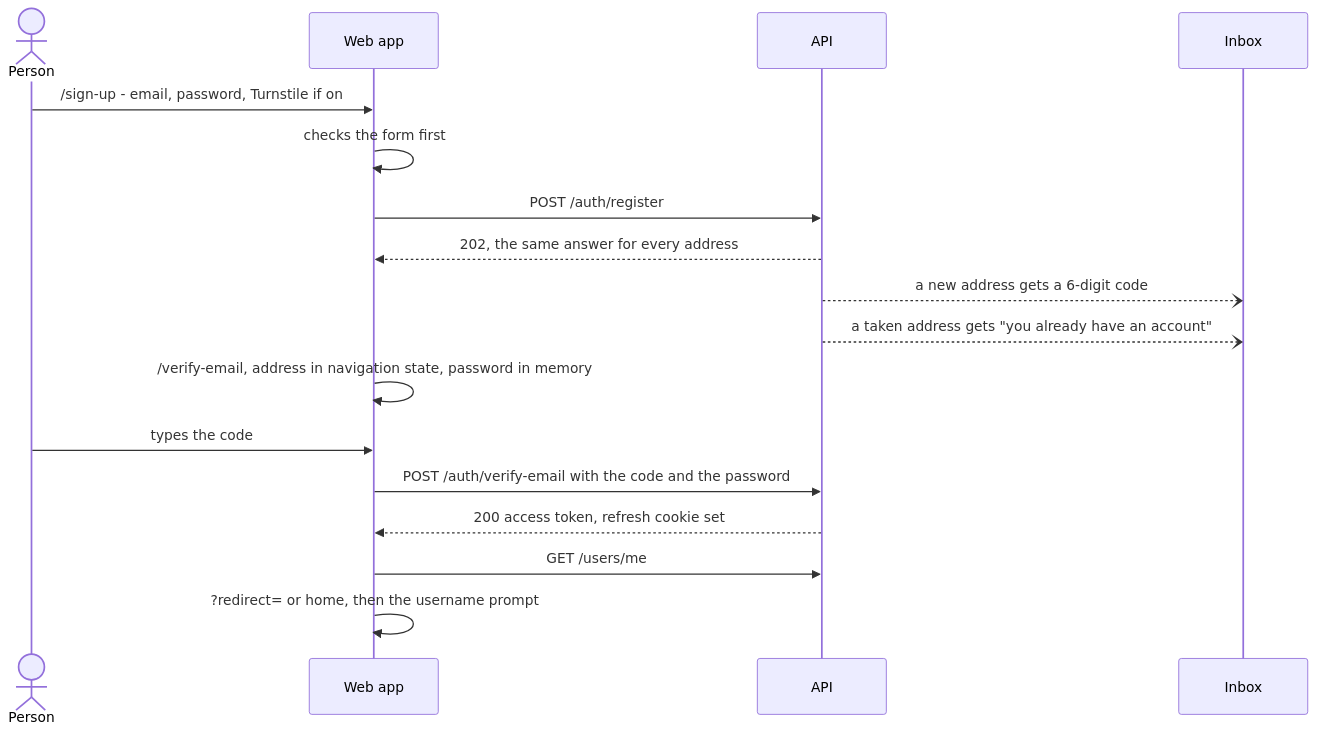
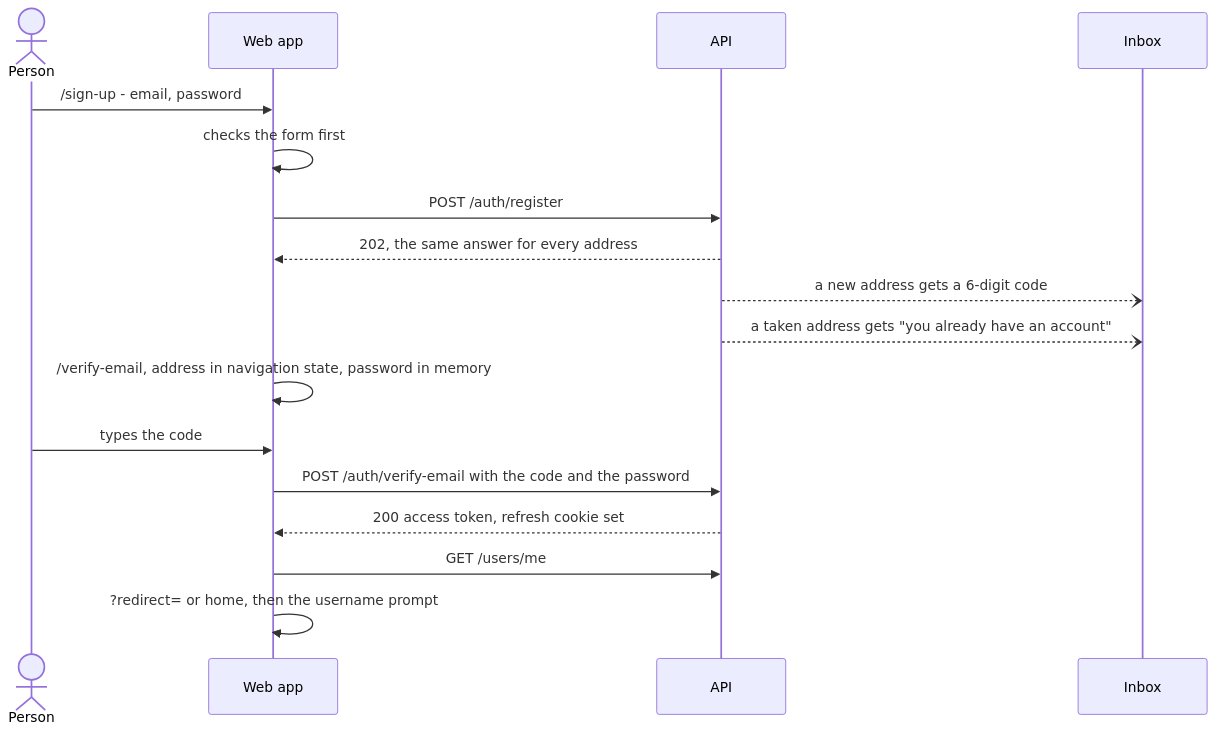
Before and after one commit to StoriuSs/NezFocus-Frontend: the first of 4 diagrams in docs/auth/pages-and-flows.md, drawn with Mermaid. The commit also changed other lines of this file and 81 other files, not shown here.

First line of the commit message:
refactor(auth): remove two-step sign-in, Turnstile and the form demo

````diff
--- a/docs/auth/pages-and-flows.md
+++ b/docs/auth/pages-and-flows.md
@@ -99,19 +95,19 @@
 ```mermaid
 sequenceDiagram
     actor P as Person
     participant App as Web app
     participant API
     participant Inbox
-    P->>App: /sign-up - email, password, Turnstile if on
+    P->>App: /sign-up - email, password
     App->>App: checks the form first
     App->>API: POST /auth/register
     API-->>App: 202, the same answer for every address
     API--)Inbox: a new address gets a 6-digit code
     API--)Inbox: a taken address gets "you already have an account"
     App->>App: /verify-email, address in navigation state, password in memory
     P->>App: types the code
     App->>API: POST /auth/verify-email with the code and the password
     API-->>App: 200 access token, refresh cookie set
     App->>API: GET /users/me
     App->>App: ?redirect= or home, then the username prompt
 ```
````
